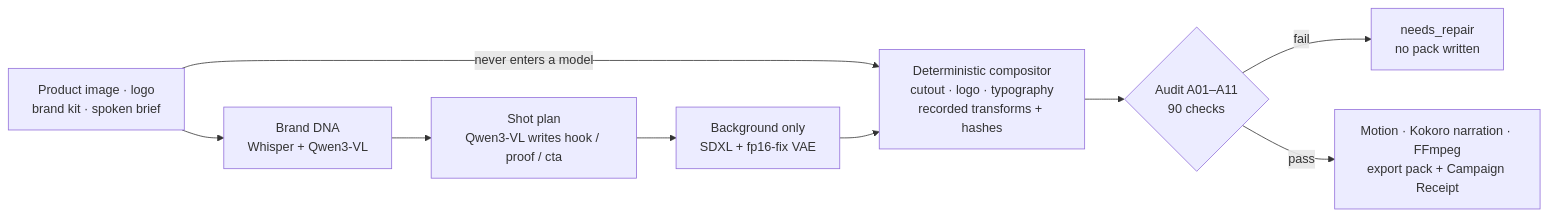
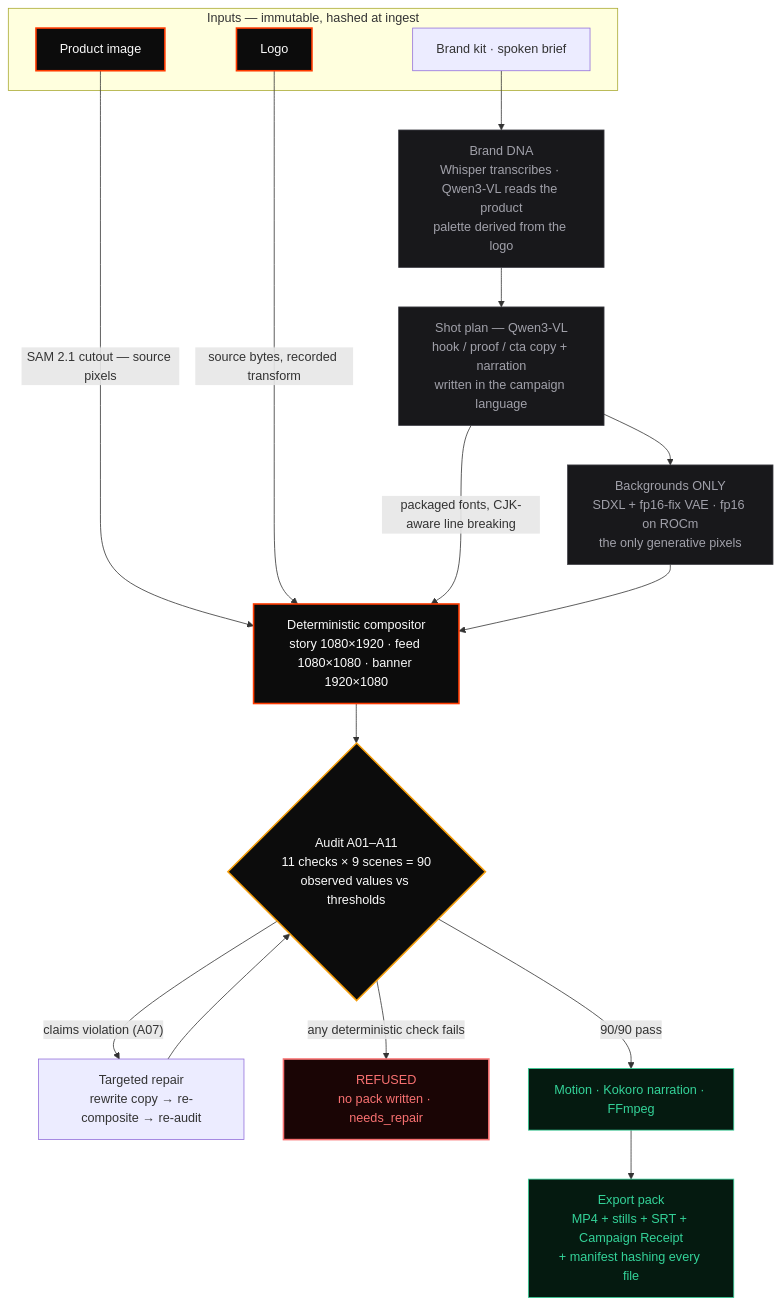
Before and after one commit to damishafe/Rivet: the diagram in README.md, drawn with Mermaid.

Commit message:
docs: one architecture diagram, drawn fully
The compact flowchart understated the design it exists to show: which assets are
protected, that repair loops back through the audit, and that refusal is a
first-class outcome rather than an error path. The PR and the README now tell it
identically.

````diff
--- a/README.md
+++ b/README.md
@@ -131,11 +131,35 @@
 ```mermaid
-flowchart LR
-    IN["Product image · logo<br/>brand kit · spoken brief"] --> BRAND["Brand DNA<br/>Whisper + Qwen3-VL"]
-    BRAND --> PLAN["Shot plan<br/>Qwen3-VL writes hook / proof / cta"]
-    PLAN --> BG["Background only<br/>SDXL + fp16-fix VAE"]
-    IN -->|"never enters a model"| COMP
-    BG --> COMP["Deterministic compositor<br/>cutout · logo · typography<br/>recorded transforms + hashes"]
-    COMP --> AUDIT{"Audit A01–A11<br/>90 checks"}
-    AUDIT -->|"fail"| STOP["needs_repair<br/>no pack written"]
-    AUDIT -->|"pass"| OUT["Motion · Kokoro narration · FFmpeg<br/>export pack + Campaign Receipt"]
+flowchart TB
+    subgraph inputs["Inputs — immutable, hashed at ingest"]
+        P["Product image"]
+        L["Logo"]
+        B["Brand kit · spoken brief"]
+    end
+
+    B --> DNA["Brand DNA<br/>Whisper transcribes · Qwen3-VL reads the product<br/>palette derived from the logo"]
+    DNA --> PLAN["Shot plan — Qwen3-VL<br/>hook / proof / cta copy + narration<br/>written in the campaign language"]
+    PLAN --> BG["Backgrounds ONLY<br/>SDXL + fp16-fix VAE · fp16 on ROCm<br/>the only generative pixels"]
+
+    P -->|"SAM 2.1 cutout — source pixels"| COMP
+    L -->|"source bytes, recorded transform"| COMP
+    PLAN -->|"packaged fonts, CJK-aware line breaking"| COMP
+    BG --> COMP["Deterministic compositor<br/>story 1080×1920 · feed 1080×1080 · banner 1920×1080"]
+
+    COMP --> AUDIT{"Audit A01–A11<br/>11 checks × 9 scenes = 90<br/>observed values vs thresholds"}
+    AUDIT -->|"claims violation (A07)"| REPAIR["Targeted repair<br/>rewrite copy → re-composite → re-audit"]
+    REPAIR --> AUDIT
+    AUDIT -->|"any deterministic check fails"| STOP["REFUSED<br/>no pack written · needs_repair"]
+    AUDIT -->|"90/90 pass"| RENDER["Motion · Kokoro narration · FFmpeg"]
+    RENDER --> OUT["Export pack<br/>MP4 + stills + SRT + Campaign Receipt<br/>+ manifest hashing every file"]
+
+    classDef protected fill:#0C0C0C,stroke:#FF3B00,color:#FAFAFA,stroke-width:2px
+    classDef generative fill:#18181B,stroke:#3F3F46,color:#A1A1AA
+    classDef gate fill:#0C0C0C,stroke:#F59E0B,color:#FAFAFA,stroke-width:2px
+    classDef refused fill:#1a0505,stroke:#F87171,color:#F87171,stroke-width:2px
+    classDef pass fill:#051a10,stroke:#34D399,color:#34D399
+    class P,L,COMP protected
+    class BG,DNA,PLAN generative
+    class AUDIT gate
+    class STOP refused
+    class OUT,RENDER pass
 ```
````
